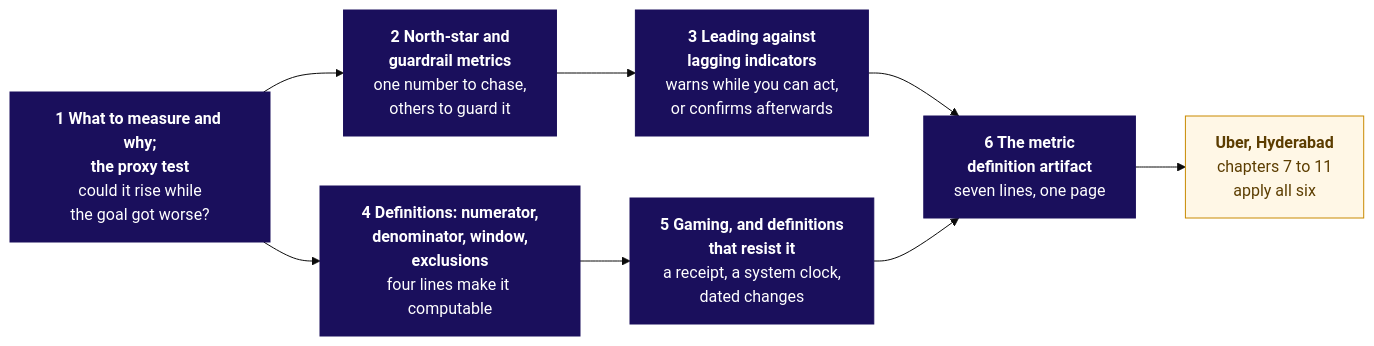
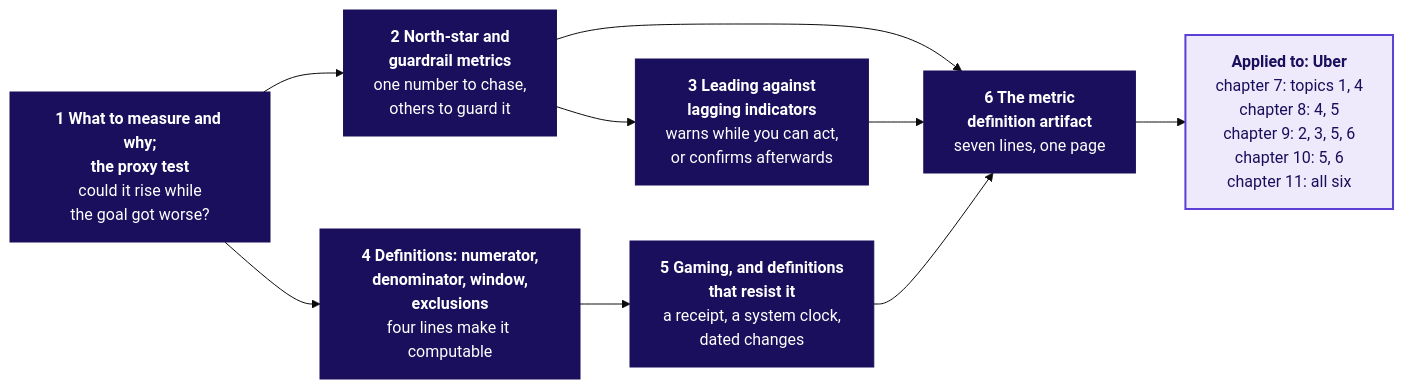
Before and after one commit to fde-academy-lab/c2-content-factory: the first of 2 diagrams in content/W04/D1/cheatsheets/C2_W04_D01_safe_to_pay_STUDENT.md, drawn with Mermaid (base theme). The commit also changed other lines of this file and 34 other files, not shown here.

````diff
--- a/content/W04/D1/cheatsheets/C2_W04_D01_safe_to_pay_STUDENT.md
+++ b/content/W04/D1/cheatsheets/C2_W04_D01_safe_to_pay_STUDENT.md
@@ -7,21 +7,22 @@
 ```mermaid
 flowchart LR
     C1["<b>1 What to measure and why;<br/>the proxy test</b><br/>could it rise while<br/>the goal got worse?"]
     C2["<b>2 North-star and<br/>guardrail metrics</b><br/>one number to chase,<br/>others to guard it"]
     C3["<b>3 Leading against<br/>lagging indicators</b><br/>warns while you can act,<br/>or confirms afterwards"]
     C4["<b>4 Definitions: numerator,<br/>denominator, window,<br/>exclusions</b><br/>four lines make it computable"]
     C5["<b>5 Gaming, and definitions<br/>that resist it</b><br/>a receipt, a system clock,<br/>dated changes"]
     C6["<b>6 The metric<br/>definition artifact</b><br/>seven lines, one page"]
-    U["<b>Uber, Hyderabad</b><br/>chapters 7 to 11<br/>apply all six"]
+    U["<b>Applied to: Uber</b><br/>chapter 7: topics 1, 4<br/>chapter 8: 4, 5<br/>chapter 9: 2, 3, 5, 6<br/>chapter 10: 5, 6<br/>chapter 11: all six"]
     C1 --> C2
     C2 --> C3
+    C2 --> C6
     C3 --> C6
     C1 --> C4
     C4 --> C5
     C5 --> C6
     C6 --> U
     classDef lit fill:#1A0F5C,stroke:#1A0F5C,color:#FFFFFF
-    classDef kalpa fill:#FFF7E6,stroke:#C98A00,color:#5C3D00
+    classDef known fill:#EEEAFB,stroke:#5B3FD6,color:#1A0F5C,stroke-width:2px
     class C1,C2,C3,C4,C5,C6 lit
-    class U kalpa
+    class U known
 ```
````
